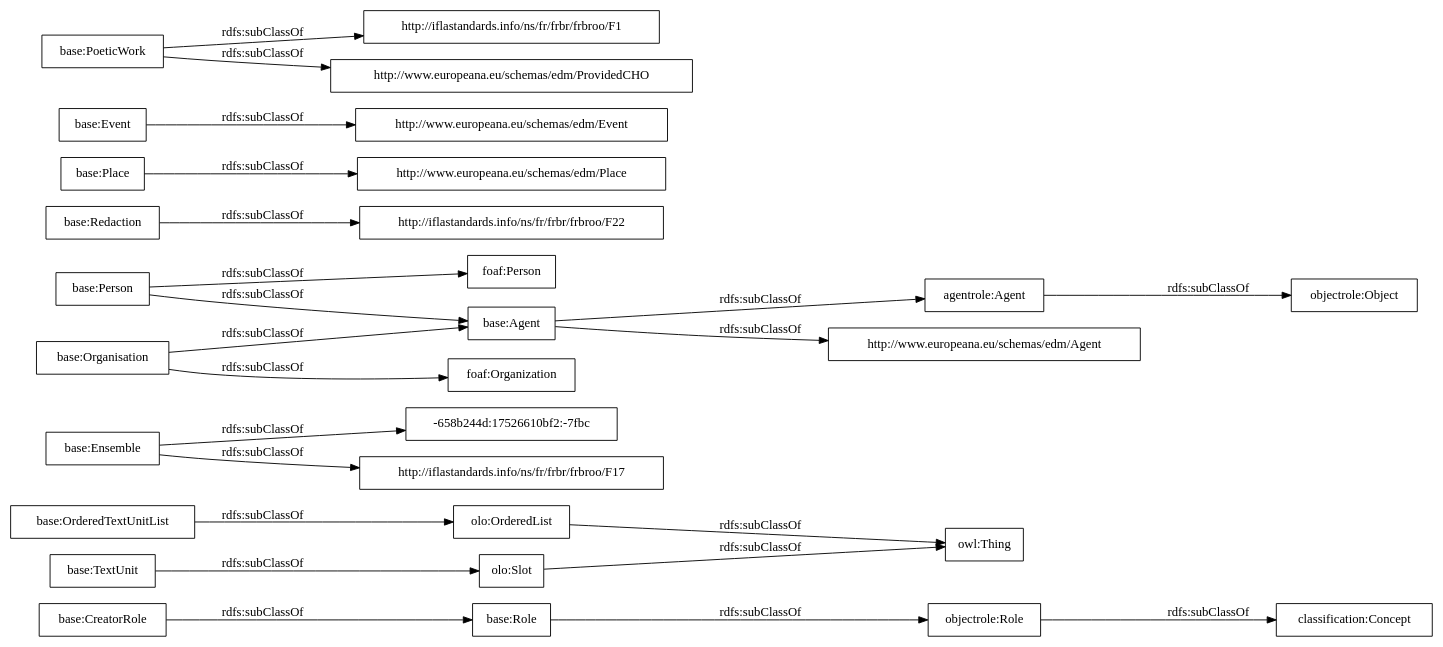
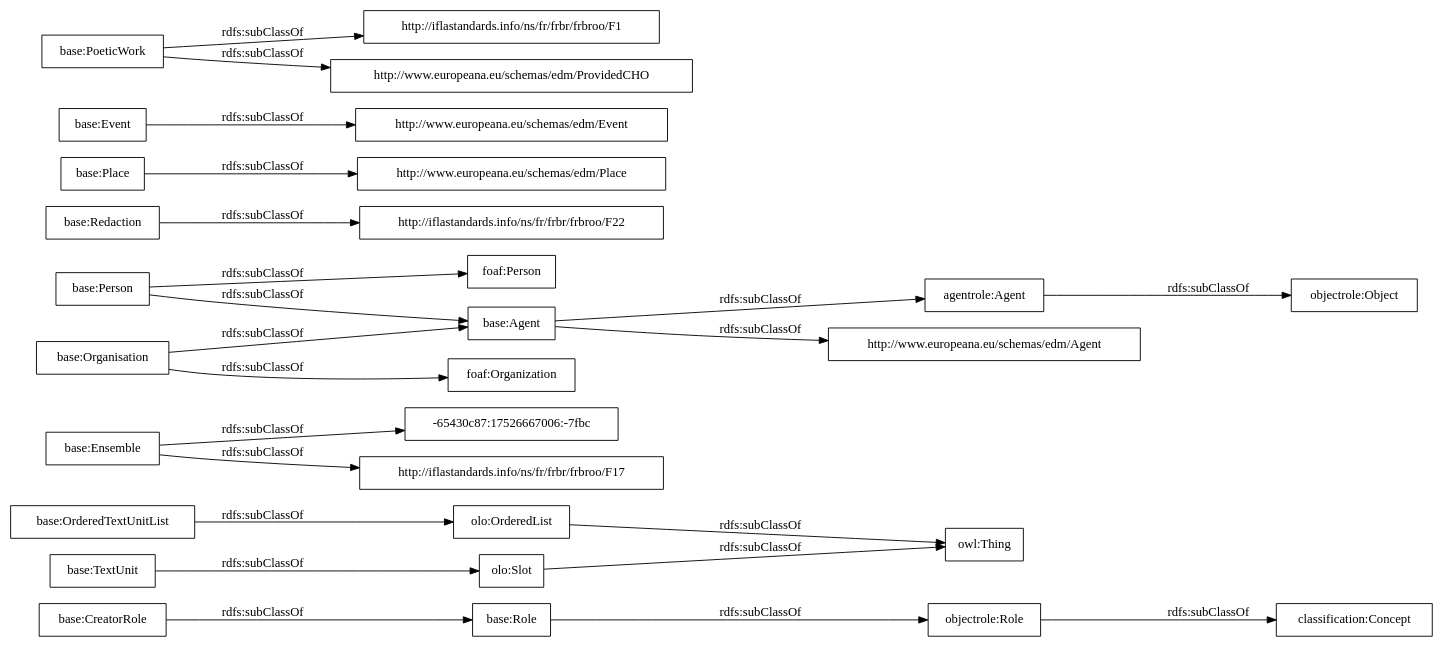
The diagram in OnToology/postdata-core.owl/diagrams/ar2dtool-taxonomy/postdata-core.owl.png.dot (OnToologyUser/core-ontology-1), drawn with Graphviz before and after one commit. The commit also changed 14 other files, not shown here.

```diff
--- a/OnToology/postdata-core.owl/diagrams/ar2dtool-taxonomy/postdata-core.owl.png.dot
+++ b/OnToology/postdata-core.owl/diagrams/ar2dtool-taxonomy/postdata-core.owl.png.dot
@@ -1,27 +1,27 @@
 digraph ar2dtool_diagram { 
 rankdir=LR;
 size="1000"
-node [shape = rectangle, color="black"]; "base:Role" "base:OrderedTextUnitList" "-658b244d:17526610bf2:-7fbc" "agentrole:Agent" "http://iflastandards.info/ns/fr/frbr/frbroo/F22" "http://www.europeana.eu/schemas/edm/Agent" "base:Agent" "base:CreatorRole" "base:Person" "base:Organisation" "http://www.europeana.eu/schemas/edm/Place" "base:Redaction" "base:Ensemble" "foaf:Person" "http://www.europeana.eu/schemas/edm/Event" "base:TextUnit" "http://iflastandards.info/ns/fr/frbr/frbroo/F1" "foaf:Organization" "http://www.europeana.eu/schemas/edm/ProvidedCHO" "base:Place" "base:Event" "base:PoeticWork" "http://iflastandards.info/ns/fr/frbr/frbroo/F17" "owl:Thing" "objectrole:Role" "objectrole:Object" "olo:Slot" "olo:OrderedList" "classification:Concept" ; /*classes style*/
+node [shape = rectangle, color="black"]; "base:Role" "base:OrderedTextUnitList" "-65430c87:17526667006:-7fbc" "agentrole:Agent" "http://iflastandards.info/ns/fr/frbr/frbroo/F22" "http://www.europeana.eu/schemas/edm/Agent" "base:Agent" "base:CreatorRole" "base:Person" "base:Organisation" "http://www.europeana.eu/schemas/edm/Place" "base:Redaction" "base:Ensemble" "foaf:Person" "http://www.europeana.eu/schemas/edm/Event" "base:TextUnit" "http://iflastandards.info/ns/fr/frbr/frbroo/F1" "foaf:Organization" "http://www.europeana.eu/schemas/edm/ProvidedCHO" "base:Place" "base:Event" "base:PoeticWork" "http://iflastandards.info/ns/fr/frbr/frbroo/F17" "owl:Thing" "objectrole:Role" "objectrole:Object" "olo:Slot" "olo:OrderedList" "classification:Concept" ; /*classes style*/
 	"base:Redaction" -> "http://iflastandards.info/ns/fr/frbr/frbroo/F22" [ label = "rdfs:subClassOf" ];
 	"base:Role" -> "objectrole:Role" [ label = "rdfs:subClassOf" ];
 	"base:Event" -> "http://www.europeana.eu/schemas/edm/Event" [ label = "rdfs:subClassOf" ];
 	"base:Person" -> "foaf:Person" [ label = "rdfs:subClassOf" ];
 	"base:Person" -> "base:Agent" [ label = "rdfs:subClassOf" ];
 	"olo:OrderedList" -> "owl:Thing" [ label = "rdfs:subClassOf" ];
 	"olo:Slot" -> "owl:Thing" [ label = "rdfs:subClassOf" ];
 	"base:PoeticWork" -> "http://www.europeana.eu/schemas/edm/ProvidedCHO" [ label = "rdfs:subClassOf" ];
 	"base:PoeticWork" -> "http://iflastandards.info/ns/fr/frbr/frbroo/F1" [ label = "rdfs:subClassOf" ];
 	"base:TextUnit" -> "olo:Slot" [ label = "rdfs:subClassOf" ];
 	"agentrole:Agent" -> "objectrole:Object" [ label = "rdfs:subClassOf" ];
-	"base:Ensemble" -> "-658b244d:17526610bf2:-7fbc" [ label = "rdfs:subClassOf" ];
+	"base:Ensemble" -> "-65430c87:17526667006:-7fbc" [ label = "rdfs:subClassOf" ];
 	"base:Ensemble" -> "http://iflastandards.info/ns/fr/frbr/frbroo/F17" [ label = "rdfs:subClassOf" ];
 	"base:OrderedTextUnitList" -> "olo:OrderedList" [ label = "rdfs:subClassOf" ];
 	"base:Agent" -> "agentrole:Agent" [ label = "rdfs:subClassOf" ];
 	"base:Agent" -> "http://www.europeana.eu/schemas/edm/Agent" [ label = "rdfs:subClassOf" ];
 	"objectrole:Role" -> "classification:Concept" [ label = "rdfs:subClassOf" ];
 	"base:Place" -> "http://www.europeana.eu/schemas/edm/Place" [ label = "rdfs:subClassOf" ];
 	"base:Organisation" -> "foaf:Organization" [ label = "rdfs:subClassOf" ];
 	"base:Organisation" -> "base:Agent" [ label = "rdfs:subClassOf" ];
 	"base:CreatorRole" -> "base:Role" [ label = "rdfs:subClassOf" ];
 
 }
```
